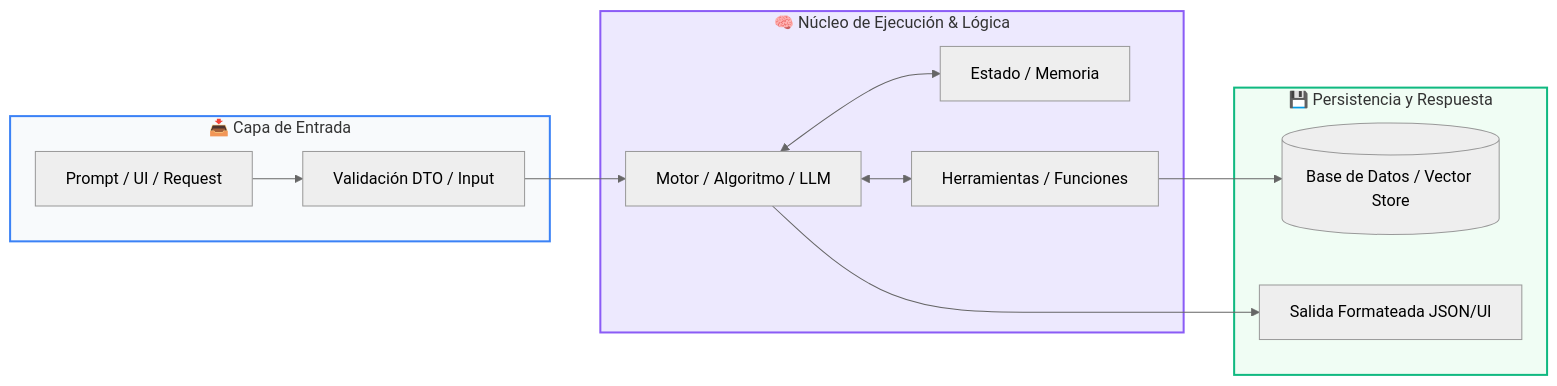
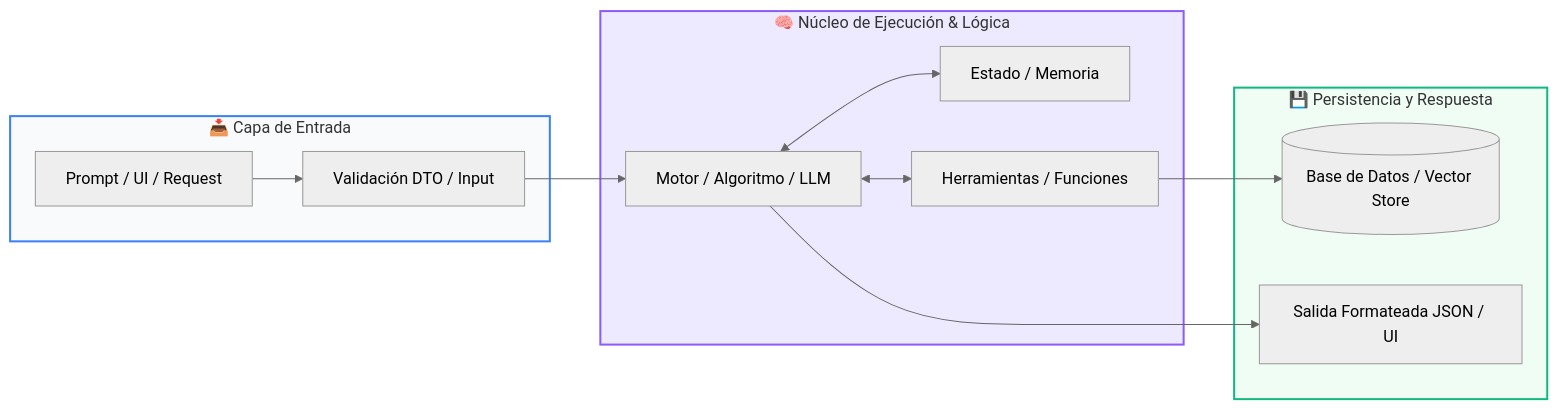
One commit to wisrovi/wisrovi-python changed the diagram in docs/curso-01/clase-06.md. Above: the diagram before and after it, drawn with Mermaid (neutral theme). The commit also changed other lines of this file and 22 other files, not shown here.

Commit message:
docs: expand academy website into full interactive textbook with verified mermaid, tabs and admonitions

````diff
--- a/docs/curso-01/clase-06.md
+++ b/docs/curso-01/clase-06.md
@@ -78,29 +44,29 @@
 ```mermaid
 flowchart LR
     subgraph Entrada["📥 Capa de Entrada"]
         UI["Prompt / UI / Request"]
         VAL["Validación DTO / Input"]
     end
 
     subgraph Core["🧠 Núcleo de Ejecución & Lógica"]
         ENG["Motor / Algoritmo / LLM"]
         MEM["Estado / Memoria"]
         TOOL["Herramientas / Funciones"]
     end
 
     subgraph Salida["💾 Persistencia y Respuesta"]
         DB[("Base de Datos / Vector Store")]
-        RES["Salida Formateada JSON/UI"]
+        RES["Salida Formateada JSON / UI"]
     end
 
     UI --> VAL
     VAL --> ENG
     ENG <--> MEM
     ENG <--> TOOL
     TOOL --> DB
     ENG --> RES
 
     style Entrada fill:#f8fafc,stroke:#3b82f6,stroke-width:2px
     style Core fill:#ede9fe,stroke:#8b5cf6,stroke-width:2px
     style Salida fill:#f0fdf4,stroke:#10b981,stroke-width:2px
 ```
````
